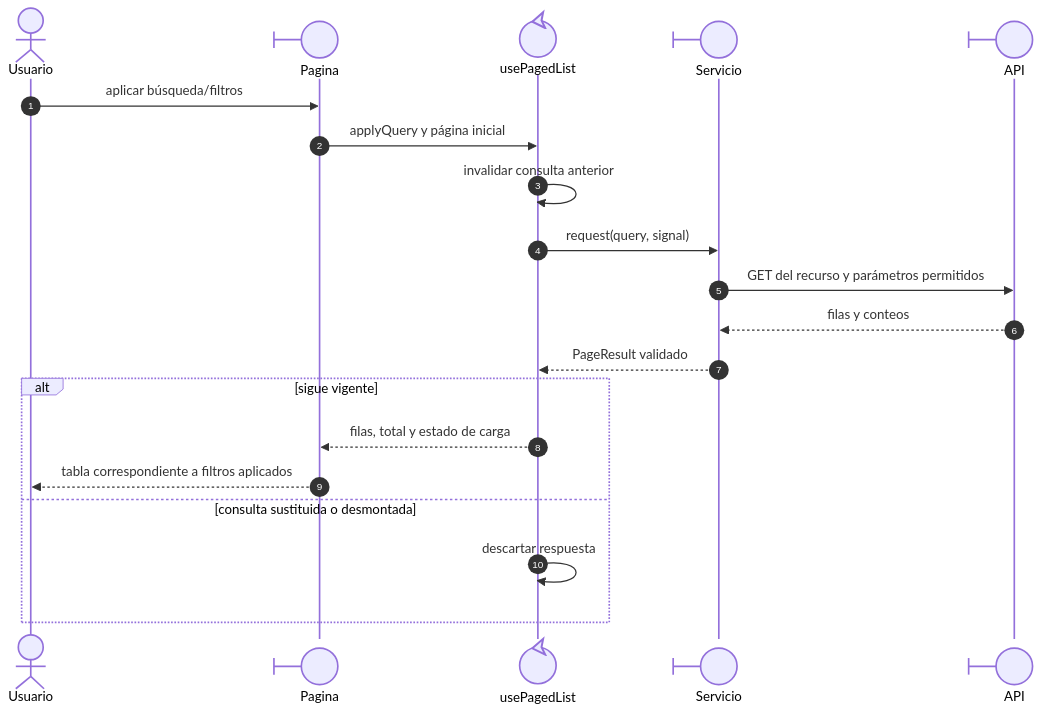
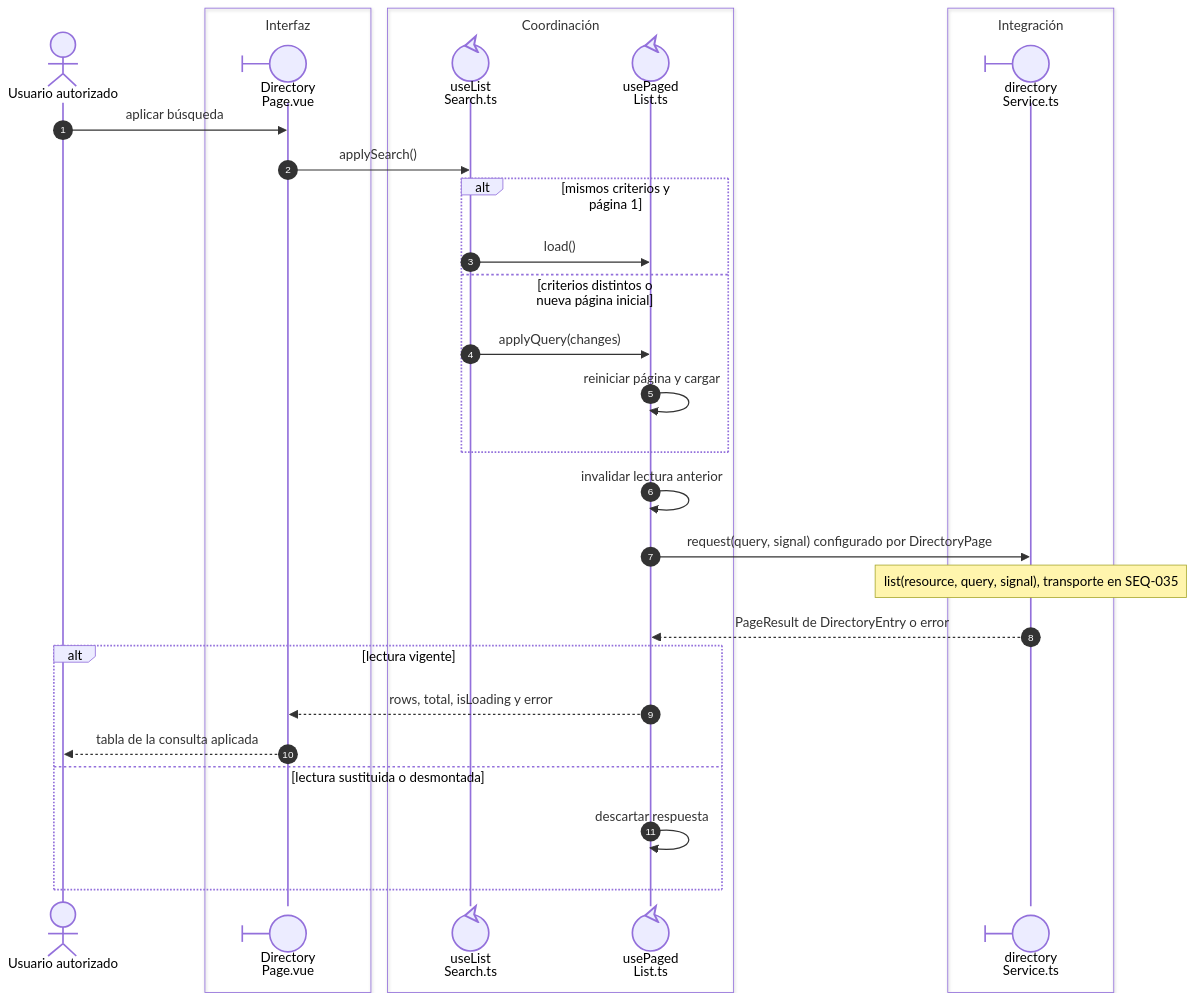
One commit to gpgsistemas01/nexus changed the diagram in front/docs/architecture/views/processes/02-shared-runtime/01-list-and-record-save.md. Above: the diagram before and after it, drawn with Mermaid. The commit also changed other lines of this file and 46 other files, not shown here.

````diff
--- a/front/docs/architecture/views/processes/02-shared-runtime/01-list-and-record-save.md
+++ b/front/docs/architecture/views/processes/02-shared-runtime/01-list-and-record-save.md
@@ -16,22 +17,33 @@
 ```mermaid
 sequenceDiagram
     autonumber
-    actor Usuario
-    participant Pagina@{ "type": "boundary" } as Pagina
-    participant Lista@{ "type": "control" } as usePagedList
-    participant Servicio@{ "type": "boundary" } as Servicio
-    participant API@{ "type": "boundary" } as API
-    Usuario->>Pagina: aplicar búsqueda/filtros
-    Pagina->>Lista: applyQuery y página inicial
-    Lista->>Lista: invalidar consulta anterior
-    Lista->>Servicio: request(query, signal)
-    Servicio->>API: GET del recurso y parámetros permitidos
-    API-->>Servicio: filas y conteos
-    Servicio-->>Lista: PageResult validado
-    alt sigue vigente
-        Lista-->>Pagina: filas, total y estado de carga
-        Pagina-->>Usuario: tabla correspondiente a filtros aplicados
-    else consulta sustituida o desmontada
-        Lista->>Lista: descartar respuesta
+    actor U as Usuario autorizado
+    box Interfaz
+    participant Page@{ "type": "boundary" } as Directory<br/>Page.vue
+    end
+    box Coordinación
+    participant Search@{ "type": "control" } as useList<br/>Search.ts
+    participant List@{ "type": "control" } as usePaged<br/>List.ts
+    end
+    box Integración
+    participant Service@{ "type": "boundary" } as directory<br/>Service.ts
+    end
+    U->>Page: aplicar búsqueda
+    Page->>Search: applySearch()
+    alt mismos criterios y página 1
+        Search->>List: load()
+    else criterios distintos o nueva página inicial
+        Search->>List: applyQuery(changes)
+        List->>List: reiniciar página y cargar
+    end
+    List->>List: invalidar lectura anterior
+    List->>Service: request(query, signal) configurado por DirectoryPage
+    Note over Service: list(resource, query, signal), transporte en SEQ-035
+    Service-->>List: PageResult de DirectoryEntry o error
+    alt lectura vigente
+        List-->>Page: rows, total, isLoading y error
+        Page-->>U: tabla de la consulta aplicada
+    else lectura sustituida o desmontada
+        List->>List: descartar respuesta
     end
 ```
````
